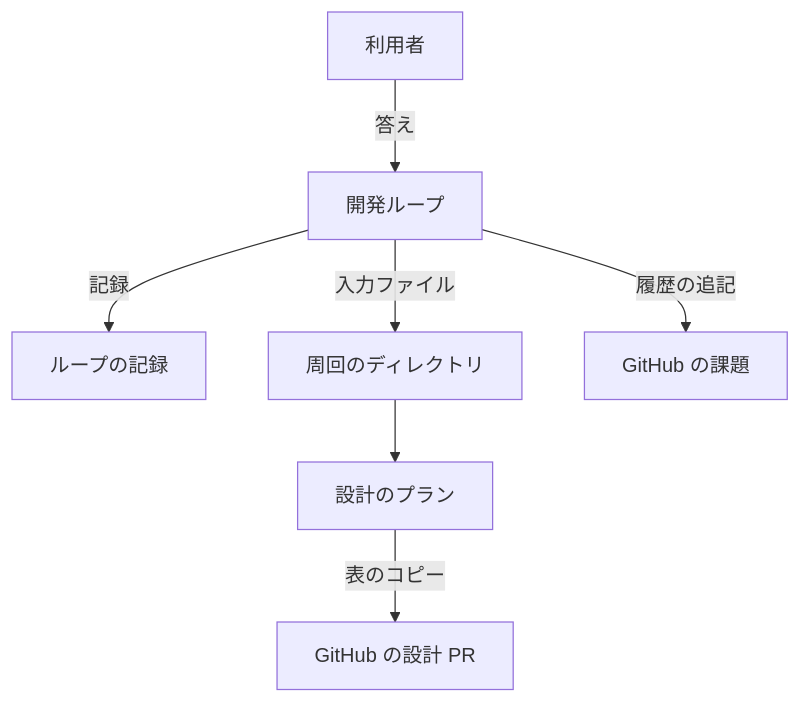
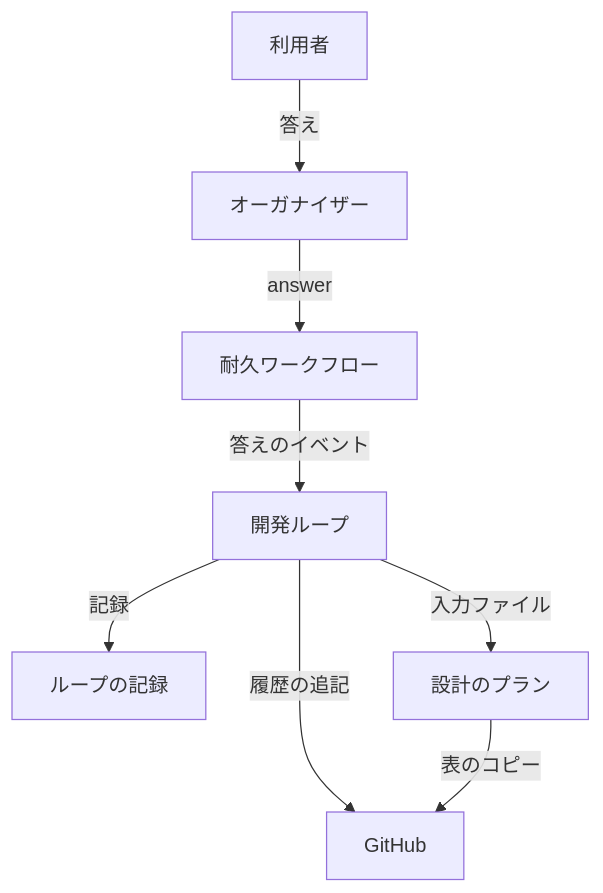
One commit to devbasex/ai-plugins changed the third of 10 diagrams in issues/issue-2510-design.md. Above: the diagram before and after it, drawn with Mermaid. The commit also changed other lines of this file and 2 other files, not shown here.

````diff
--- a/issues/issue-2510-design.md
+++ b/issues/issue-2510-design.md
@@ -143,9 +225,10 @@
 ```mermaid
 graph TD
-    U[利用者] -->|答え| L[開発ループ]
+    U[利用者] -->|答え| O[オーガナイザー]
+    O -->|answer| W[耐久ワークフロー]
+    W -->|答えのイベント| L[開発ループ]
     L -->|記録| J[ループの記録]
-    L -->|入力ファイル| D[周回のディレクトリ]
-    L -->|履歴の追記| G[GitHub の課題]
-    D --> S[設計のプラン]
-    S -->|表のコピー| H[GitHub の設計 PR]
+    L -->|入力ファイル| S[設計のプラン]
+    L -->|履歴の追記| G[GitHub]
+    S -->|表のコピー| G
 ```
````
